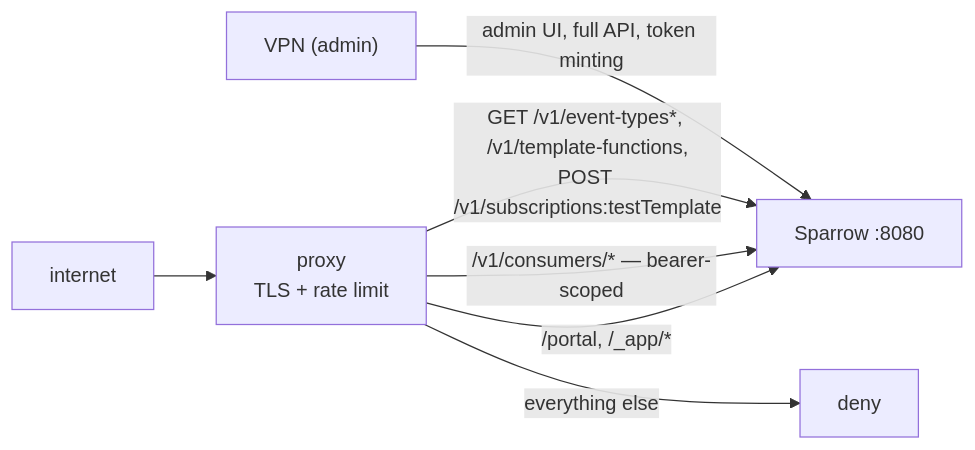
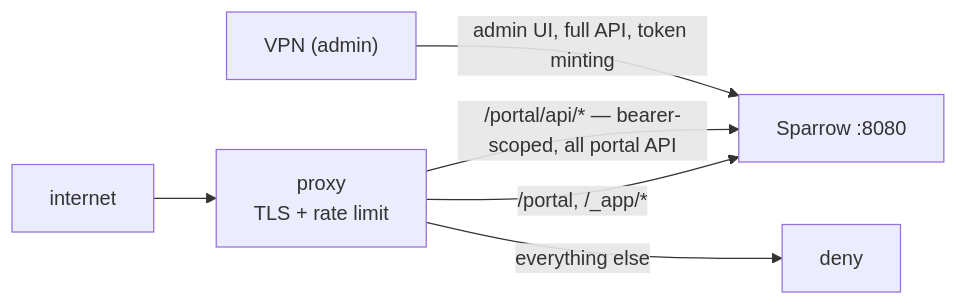
One commit to sarathsp06/sparrow changed the diagram in docs/src/assets/diagrams/security-portal-slice.mmd. Above: the diagram before and after it, drawn with Mermaid. The commit also changed 22 other files, not shown here.

First line of the commit message:
feat: collapse consumer portal API behind /portal/api gateway

```diff
--- a/docs/src/assets/diagrams/security-portal-slice.mmd
+++ b/docs/src/assets/diagrams/security-portal-slice.mmd
@@ -1,7 +1,6 @@
 flowchart LR
     Net[internet] --> Proxy["proxy<br>TLS + rate limit"]
     Proxy -->|"/portal, /_app/*"| S["Sparrow :8080"]
-    Proxy -->|"/v1/consumers/* — bearer-scoped"| S
-    Proxy -->|"GET /v1/event-types*, /v1/template-functions,<br>POST /v1/subscriptions:testTemplate"| S
+    Proxy -->|"/portal/api/* — bearer-scoped, all portal API"| S
     Proxy -->|everything else| Deny[deny]
     VPN["VPN (admin)"] -->|"admin UI, full API, token minting"| S
```
